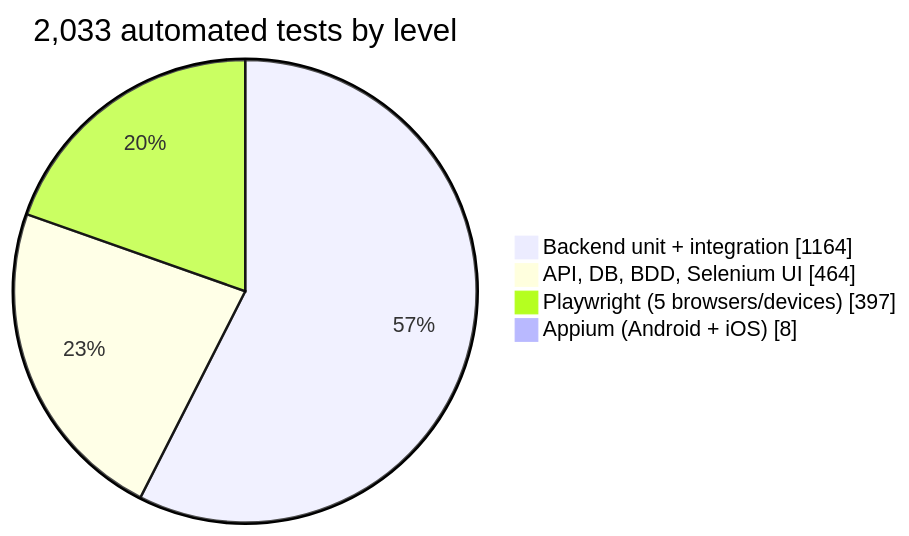
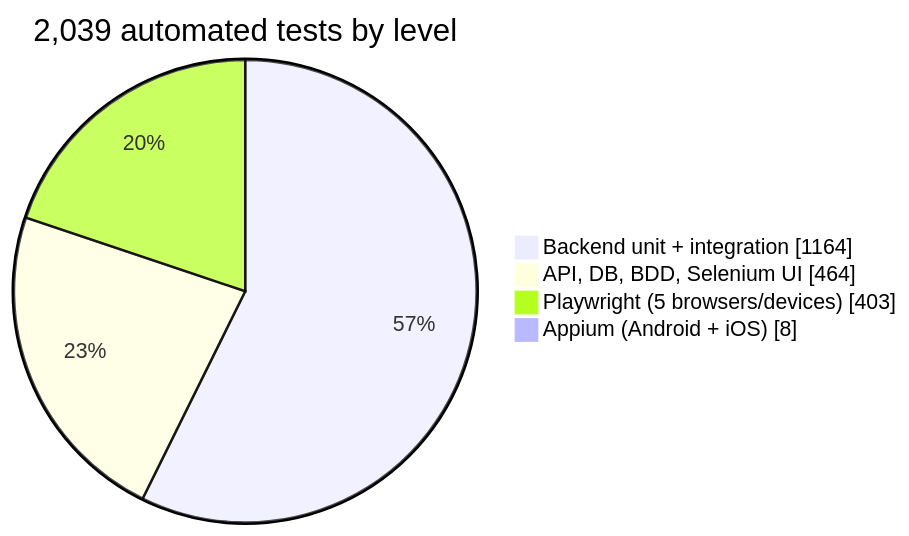
The second of 15 diagrams in README.md (rbchy/RbcTcsWorld), drawn with Mermaid before and after one commit. The commit also changed other lines of this file and 3 other files, not shown here.

First line of the commit message:
README: profile-style rewrite with architecture diagrams; numbers of 10 Nov

````diff
--- a/README.md
+++ b/README.md
@@ -46,8 +116,8 @@
 ```mermaid
 pie showData
-    title 2,033 automated tests by level
+    title 2,039 automated tests by level
     "Backend unit + integration" : 1164
     "API, DB, BDD, Selenium UI" : 464
-    "Playwright (5 browsers/devices)" : 397
+    "Playwright (5 browsers/devices)" : 403
     "Appium (Android + iOS)" : 8
 ```
````
